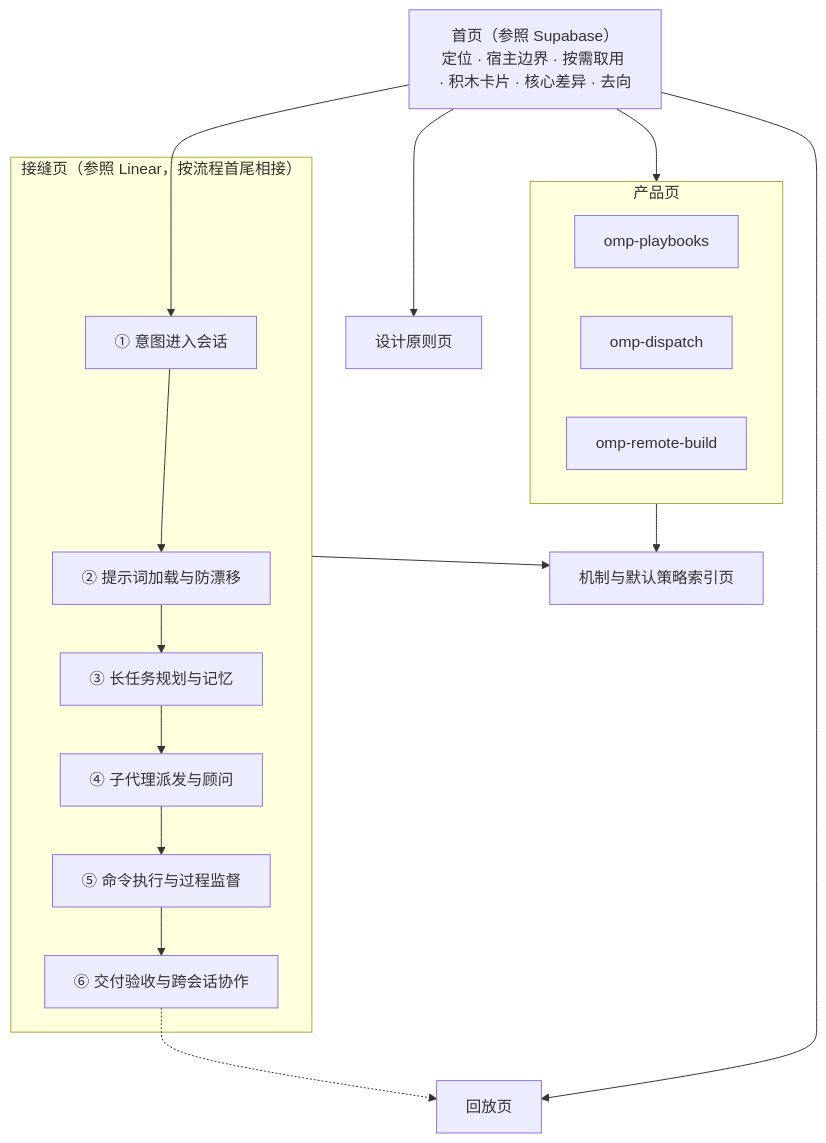
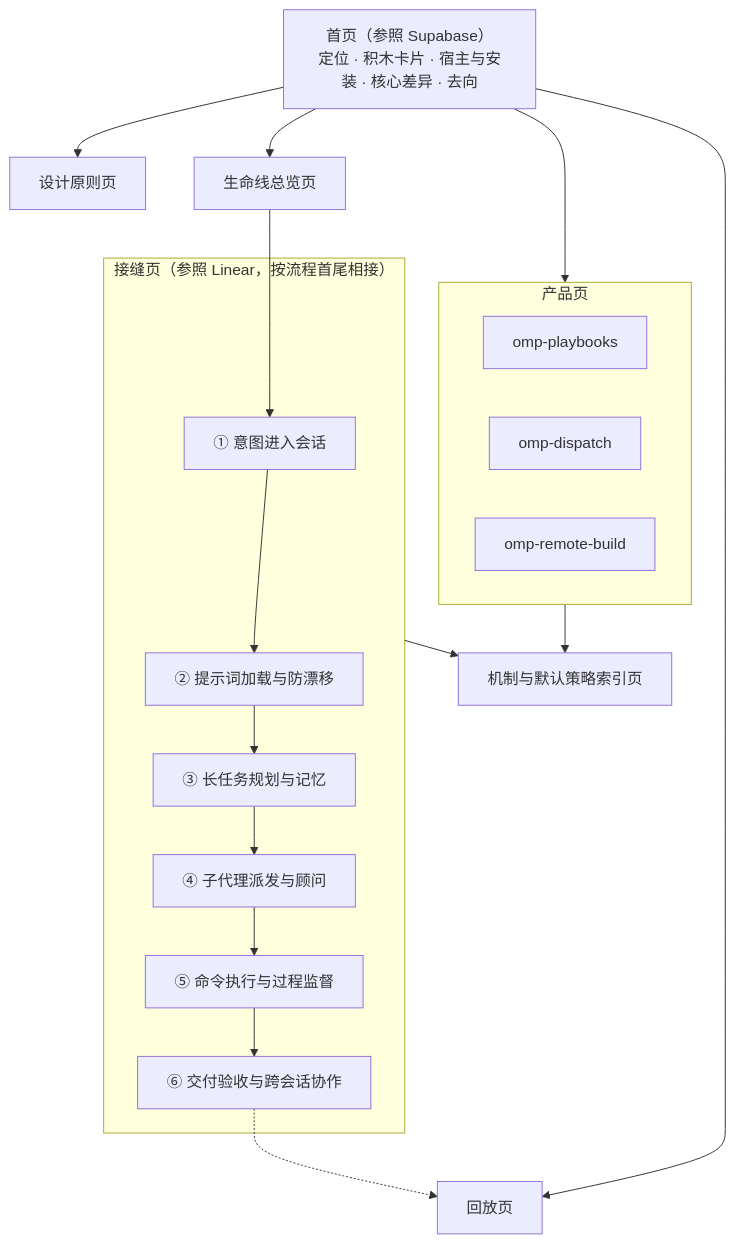
Before and after one commit to oh-my-omp/omomp-site: the diagram in docs/content-design.md, drawn with Mermaid. The commit also changed other lines of this file and 2 other files, not shown here.

````diff
--- a/docs/content-design.md
+++ b/docs/content-design.md
@@ -27,23 +27,24 @@
 ```mermaid
 flowchart TB
-  Home["首页（参照 Supabase）<br/>定位 · 宿主边界 · 按需取用 · 积木卡片 · 核心差异 · 去向"]
+  Home["首页（参照 Supabase）<br/>定位 · 积木卡片 · 宿主与安装 · 核心差异 · 去向"]
   Home --> Tenets["设计原则页"]
-  Home --> S1
+  Home --> Life["生命线总览页"]
+  Life --> S1
   subgraph Seams["接缝页（参照 Linear，按流程首尾相接）"]
     S1["① 意图进入会话"] --> S2["② 提示词加载与防漂移"]
     S2 --> S3["③ 长任务规划与记忆"]
     S3 --> S4["④ 子代理派发与顾问"]
     S4 --> S5["⑤ 命令执行与过程监督"]
     S5 --> S6["⑥ 交付验收与跨会话协作"]
   end
   S6 -.-> Replay["回放页"]
   Home --> Replay
   subgraph Products["产品页"]
     PB["omp-playbooks"]
     DP["omp-dispatch"]
     RB["omp-remote-build"]
   end
   Home --> Products
   Seams --> Idx["机制与默认策略索引页"]
   Products --> Idx
 ```
````
